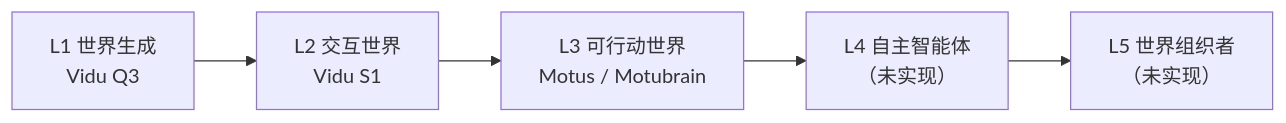
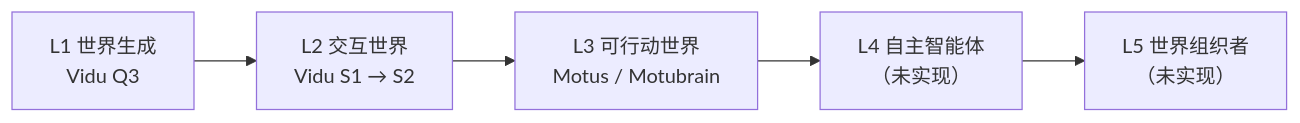
Before and after one commit to ImChong/Robotics_Notebooks: the first of 2 diagrams in wiki/entities/paper-gwm-first-principles.md, drawn with Mermaid. The commit also changed other lines of this file and 14 other files, not shown here.

````diff
--- a/wiki/entities/paper-gwm-first-principles.md
+++ b/wiki/entities/paper-gwm-first-principles.md
@@ -74,7 +75,7 @@
 ```mermaid
 flowchart LR
-  L1["L1 世界生成\nVidu Q3"] --> L2["L2 交互世界\nVidu S1"]
+  L1["L1 世界生成\nVidu Q3"] --> L2["L2 交互世界\nVidu S1 → S2"]
   L2 --> L3["L3 可行动世界\nMotus / Motubrain"]
   L3 --> L4["L4 自主智能体\n（未实现）"]
   L4 --> L5["L5 世界组织者\n（未实现）"]
 ```
````
